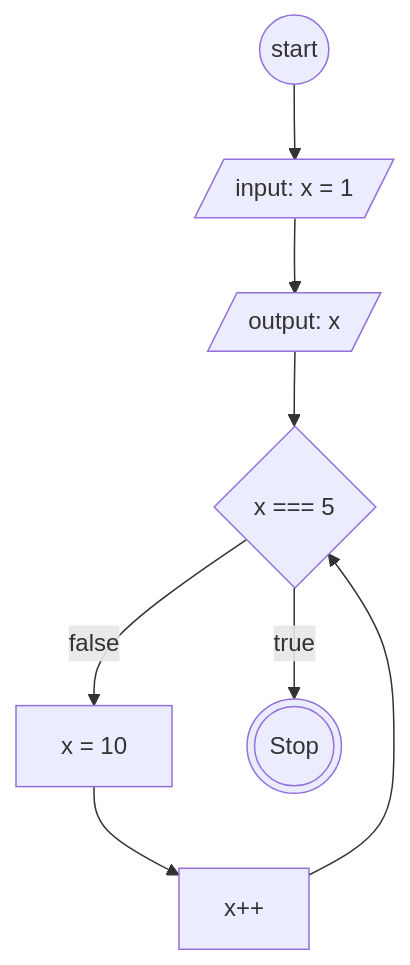
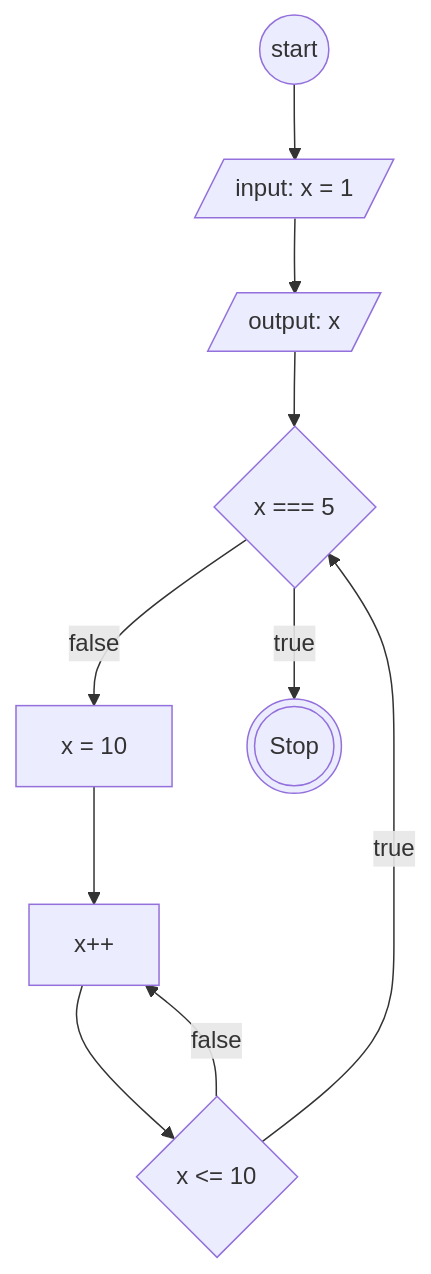
The second of 2 diagrams in flowchart-loop.md (AbiPasundan/koda-b6-javascript1), drawn with Mermaid before and after one commit.

````diff
--- a/flowchart-loop.md
+++ b/flowchart-loop.md
@@ -42,17 +41,23 @@
 ```mermaid
     flowchart TB
         Start@{ shape: circ, label: "start"}
         InitialVar@{ shape: lean-r, label: "input: x = 1"}
         PrintX@{ shape: lean-r, label: "output: x"}
 
         If@{ shape: diamond, label: "x === 5"}
         IfTrue@{ shape: rect, label: "x = 10"}
 
         Condition@{ shape: rect, label: "x++"}
 
+        Check@{ shape: diamond, label: "x <= 10"}
+
         Stop@{ shape: dbl-circ, label: "Stop"}
 
-        Start-->InitialVar-->PrintX-->If-->|false|IfTrue-->Condition-->If
+        Start-->InitialVar-->PrintX-->If-->|false|IfTrue-->Condition-->Check-->|true|If
 
         If-->|true|Stop
+
+        Check-->|false|Condition
+
+        
 ```
````
